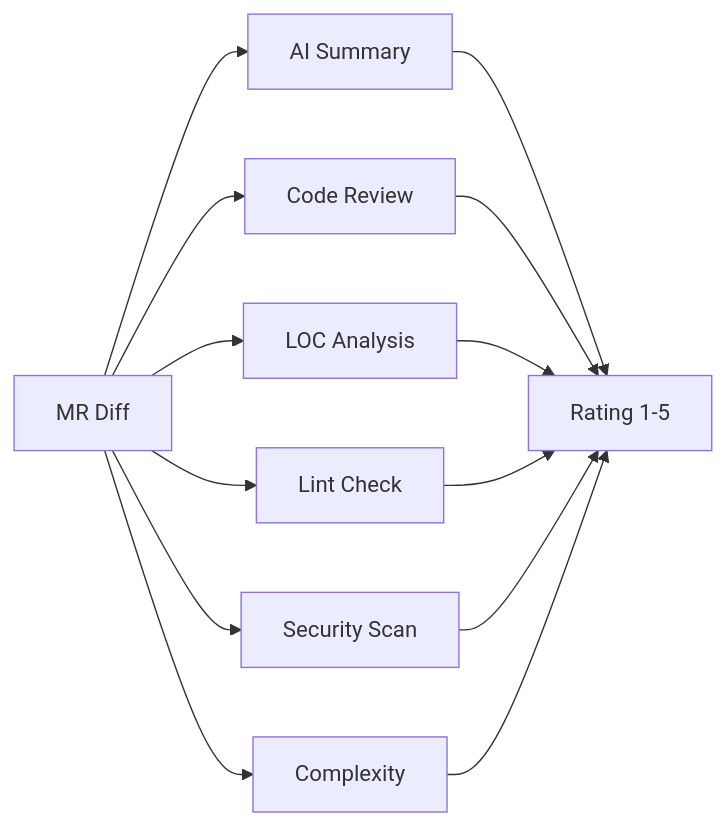
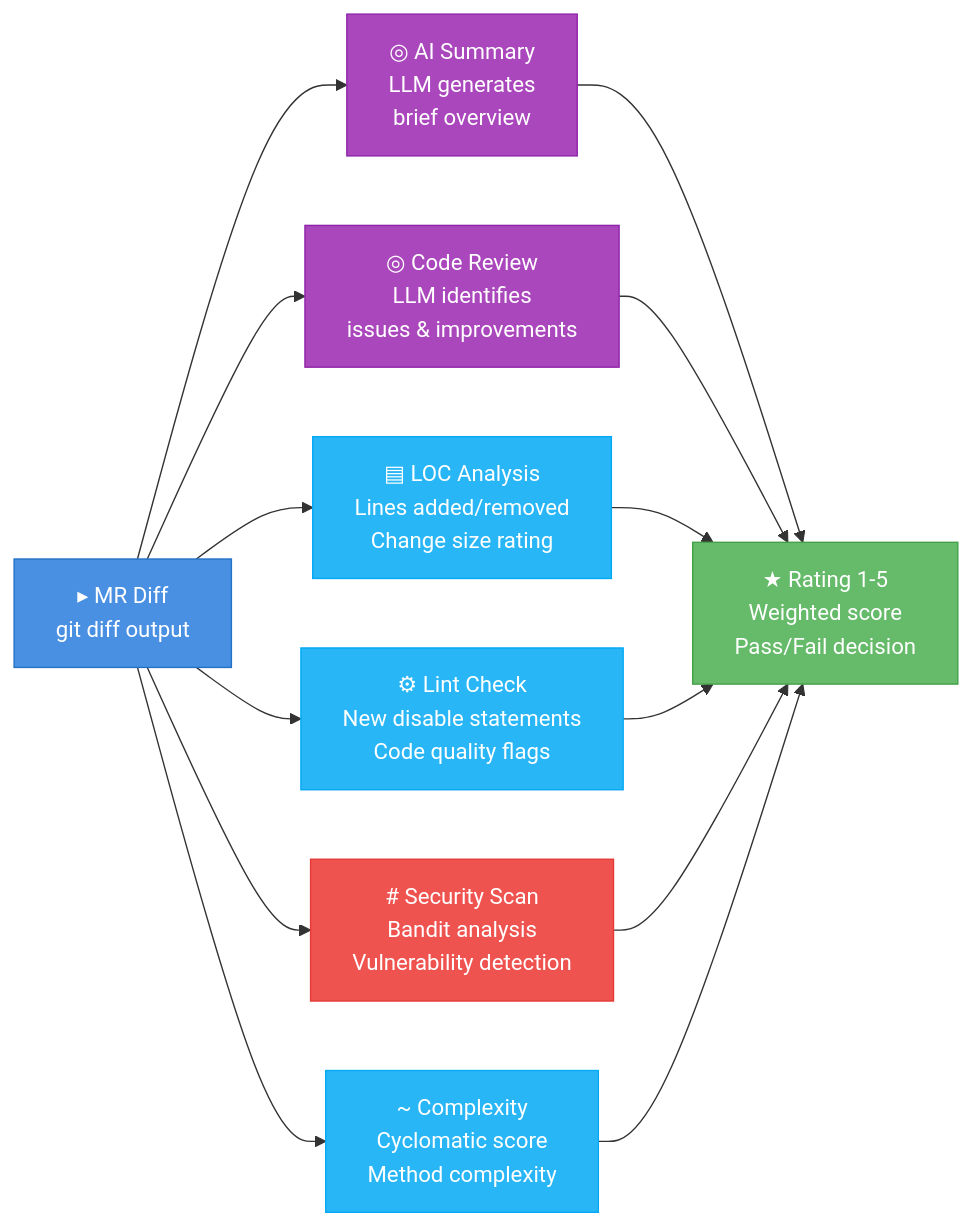
The diagram in README.md (vigneshpalanivelr/commit-validator), drawn with Mermaid before and after one commit. The commit also changed 1 other file, not shown here.

Commit message:
Enhance mermaid diagrams with colors and details in OPERATIONS.md and README.md
- OPERATIONS.md: Enhanced 3 diagrams
  - Infrastructure Overview: Added service descriptions, numbered steps, color coding
  - Debug Workflow: Added step numbers, error/solution colors, checkmarks
  - Upgrade Procedure: Added commands, phase colors, success/error indicators

- README.md: Enhanced 1 diagram
  - AI Quality Assessment: Added analysis descriptions, category colors (AI/metrics/security)

````diff
--- a/README.md
+++ b/README.md
@@ -358,10 +358,22 @@
 ```mermaid
 flowchart LR
-    A[MR Diff] --> B[AI Summary]
-    A --> C[Code Review]
-    A --> D[LOC Analysis]
-    A --> E[Lint Check]
-    A --> F[Security Scan]
-    A --> G[Complexity]
-    B & C & D & E & F & G --> H[Rating 1-5]
+    A[▸ MR Diff<br/>git diff output] --> B[◎ AI Summary<br/>LLM generates<br/>brief overview]
+    A --> C[◎ Code Review<br/>LLM identifies<br/>issues & improvements]
+    A --> D[▤ LOC Analysis<br/>Lines added/removed<br/>Change size rating]
+    A --> E[⚙ Lint Check<br/>New disable statements<br/>Code quality flags]
+    A --> F[# Security Scan<br/>Bandit analysis<br/>Vulnerability detection]
+    A --> G[~ Complexity<br/>Cyclomatic score<br/>Method complexity]
+    B & C & D & E & F & G --> H[★ Rating 1-5<br/>Weighted score<br/>Pass/Fail decision]
+
+    classDef input fill:#4a90e2,color:#fff,stroke:#2171c7
+    classDef ai fill:#ab47bc,color:#fff,stroke:#8e24aa
+    classDef metrics fill:#29b6f6,color:#fff,stroke:#03a9f4
+    classDef security fill:#ef5350,color:#fff,stroke:#e53935
+    classDef output fill:#66bb6a,color:#fff,stroke:#43a047
+
+    class A input
+    class B,C ai
+    class D,E,G metrics
+    class F security
+    class H output
 ```
````
